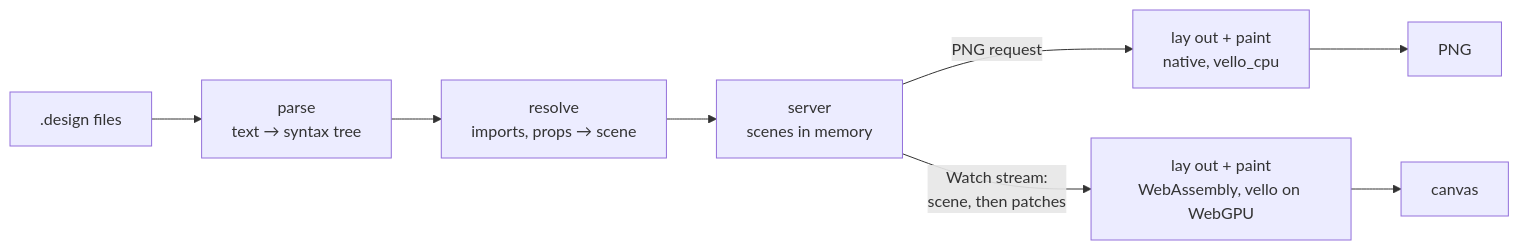
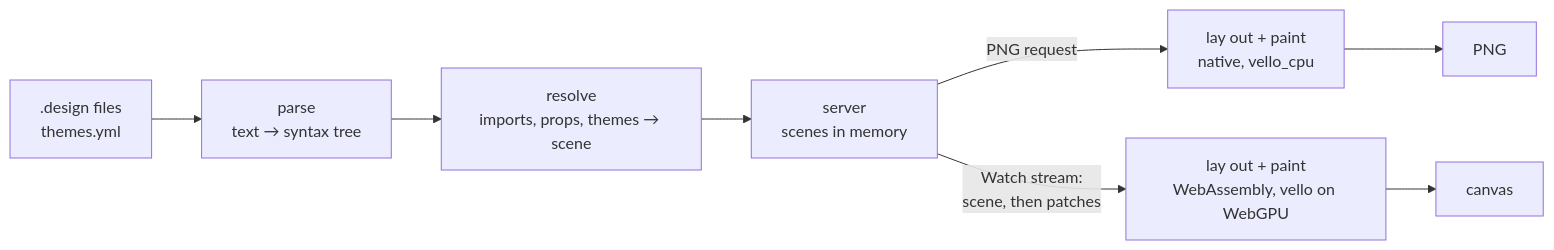
Before and after one commit to andrei512/devpage: the diagram in docs/boxes/viewer/design-engine/README.md, drawn with Mermaid. The commit also changed other lines of this file and 8 other files, not shown here.

First line of the commit message:
Design: designs have light and dark themes from themes.yml

````diff
--- a/docs/boxes/viewer/design-engine/README.md
+++ b/docs/boxes/viewer/design-engine/README.md
@@ -11,14 +11,14 @@
 ```mermaid
 flowchart LR
-  files[".design files"] --> parse["parse<br/>text → syntax tree"]
-  parse --> resolve["resolve<br/>imports, props → scene"]
+  files[".design files<br/>themes.yml"] --> parse["parse<br/>text → syntax tree"]
+  parse --> resolve["resolve<br/>imports, props, themes → scene"]
   resolve --> server["server<br/>scenes in memory"]
   server -->|"PNG request"| paint1["lay out + paint<br/>native, vello_cpu"]
   server -->|"Watch stream:<br/>scene, then patches"| wasm["lay out + paint<br/>WebAssembly, vello on WebGPU"]
   wasm --> canvas["canvas"]
   paint1 --> png["PNG"]
   click parse href "#parsing" "Parsing"
   click resolve href "#resolving" "Resolving"
   click server href "#in-the-server" "In the server"
   click wasm href "#in-the-browser" "In the browser"
 ```
````
